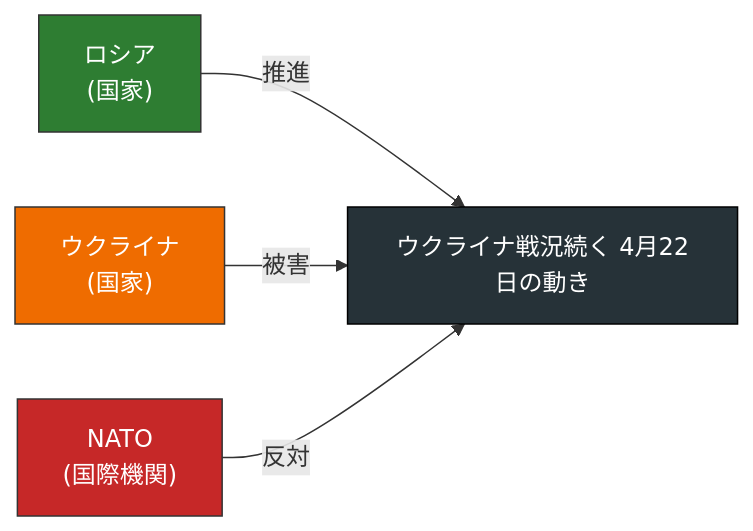
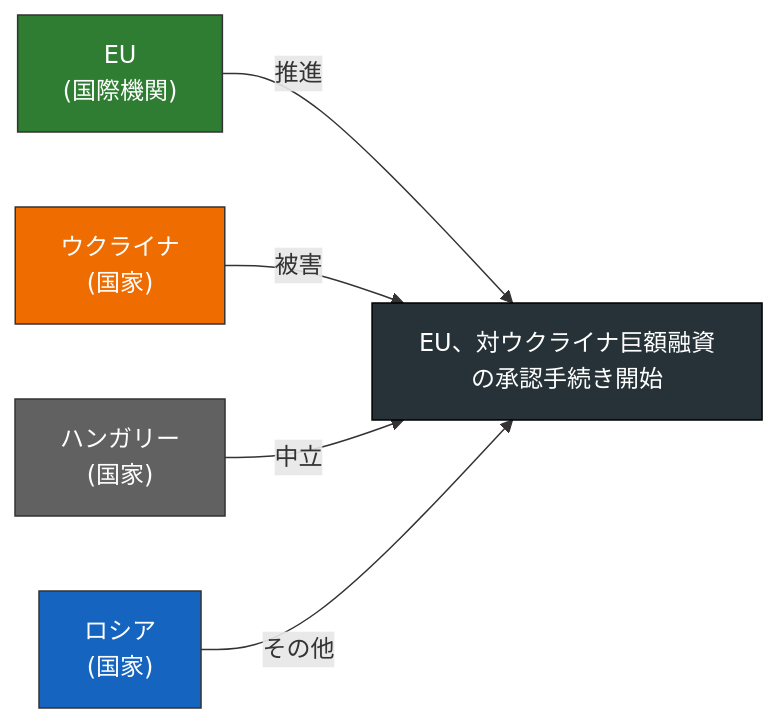
The second of 20 diagrams in docs/reports/2026-04-23.md (YUUUyutaro/tiseigaku), drawn with Mermaid before and after one commit. The commit also changed other lines of this file and 3 other files, not shown here.

````diff
--- a/docs/reports/2026-04-23.md
+++ b/docs/reports/2026-04-23.md
@@ -42,14 +36,17 @@
 ```mermaid
 flowchart LR
-  T["ウクライナ戦況続く 4月22日の動き"]
-  A0["ロシア\n(国家)"]
+  T["EU、対ウクライナ巨額融資の承認手続き開始"]
+  A0["EU\n(国際機関)"]
   A0 -- 推進 --> T
   style A0 fill:#2e7d32,color:#fff,stroke:#333
   A1["ウクライナ\n(国家)"]
   A1 -- 被害 --> T
   style A1 fill:#ef6c00,color:#fff,stroke:#333
-  A2["NATO\n(国際機関)"]
-  A2 -- 反対 --> T
-  style A2 fill:#c62828,color:#fff,stroke:#333
+  A2["ハンガリー\n(国家)"]
+  A2 -- 中立 --> T
+  style A2 fill:#616161,color:#fff,stroke:#333
+  A3["ロシア\n(国家)"]
+  A3 -- その他 --> T
+  style A3 fill:#1565c0,color:#fff,stroke:#333
   style T fill:#263238,color:#fff,stroke:#000
 ```
````
